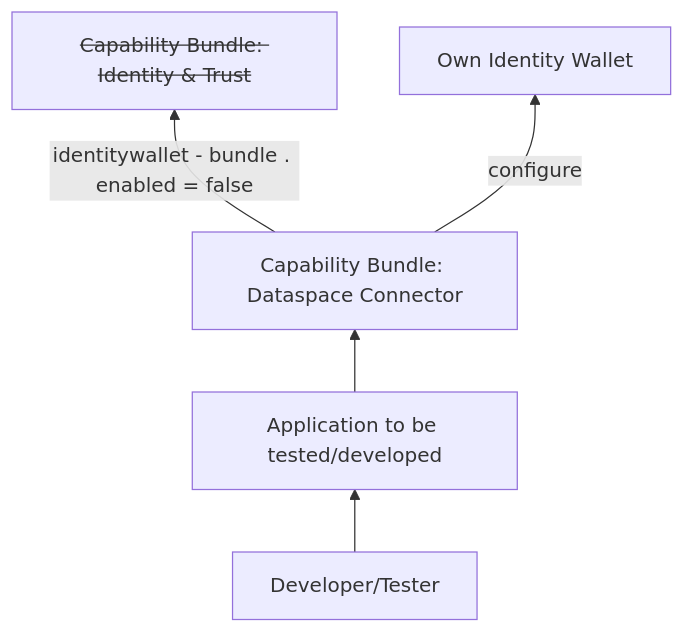
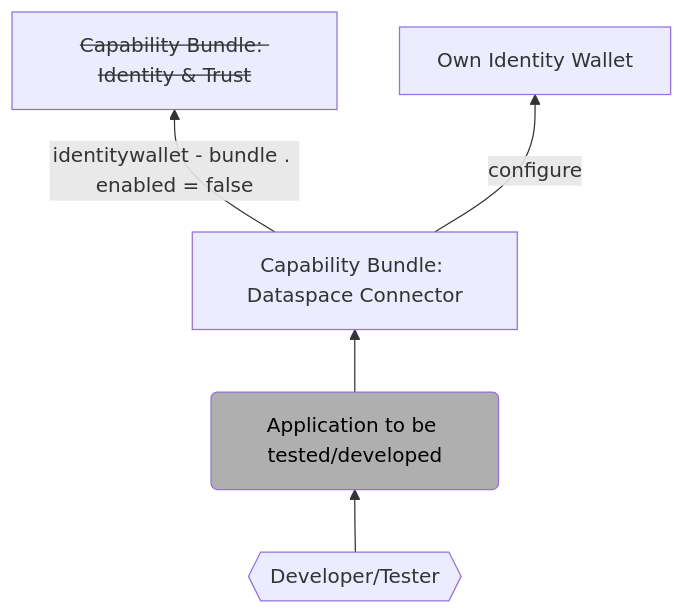
The seventh of 8 diagrams in docs/concept/TAP7.1-solution-design.md (eclipse-tractusx/tractus-x-umbrella), drawn with Mermaid before and after one commit. The commit also changed other lines of this file, not shown here.

`````diff
--- a/docs/concept/TAP7.1-solution-design.md
+++ b/docs/concept/TAP7.1-solution-design.md
@@ -416,12 +422,13 @@
 ````mermaid
 flowchart BT
-    A["Application to be tested/developed"]
+    A("Application to be tested/developed")
+    style A fill:#afafaf,color:black
     B["Capability Bundle: Dataspace Connector"]
     C["<s>Capability Bundle: Identity & Trust</s>"]
     D["Own Identity Wallet"]
-    E["Developer/Tester"]
+    E{{"Developer/Tester"}}
     A --> B
     B -- identitywallet - bundle . enabled = false --> C
     B -- configure --> D
     E --> A
 ````
`````
